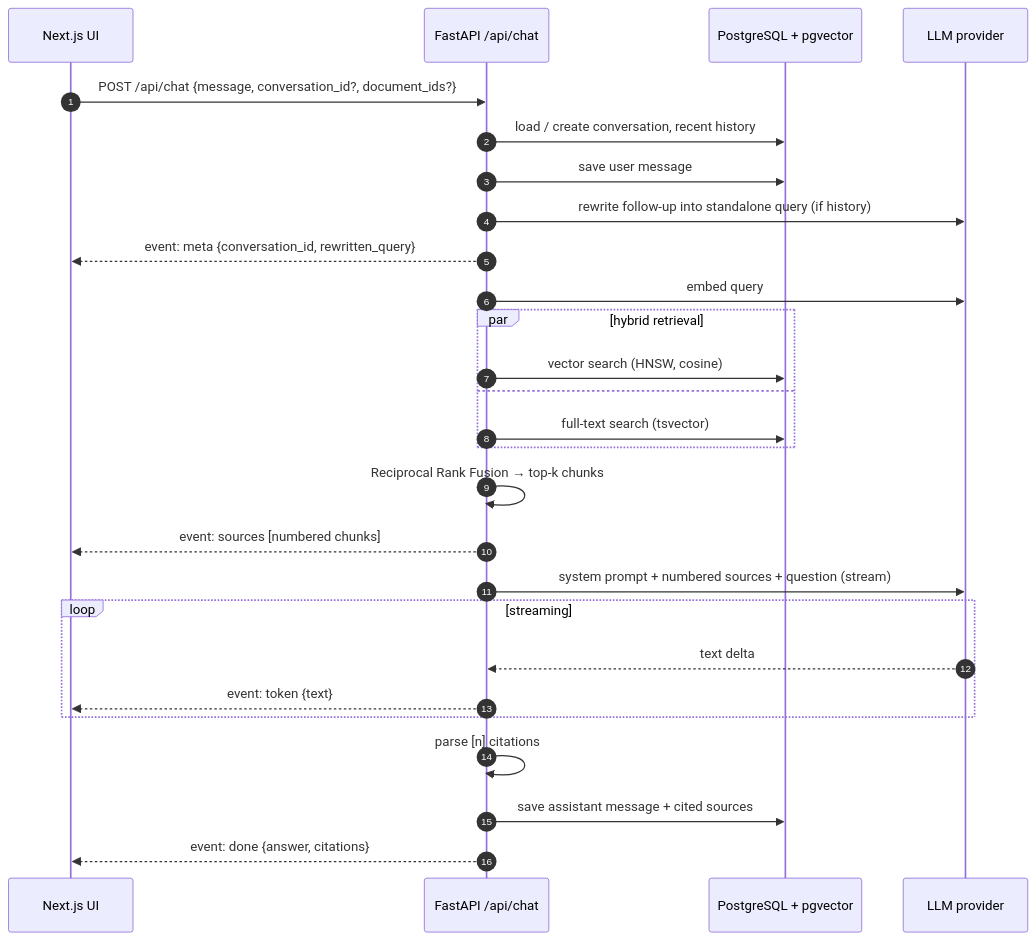
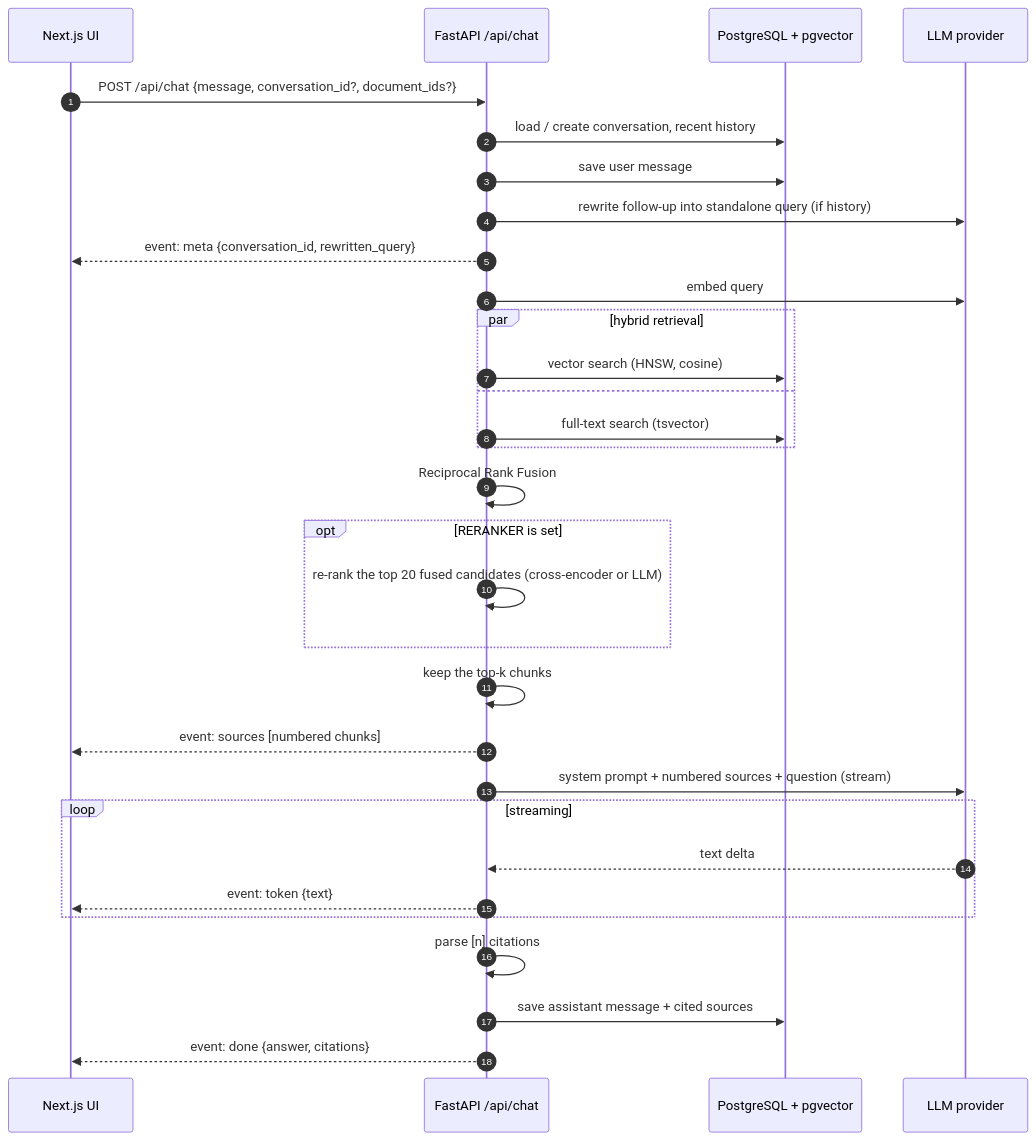
Before and after one commit to gelevanog/docuchat-rag: the second of 2 diagrams in README.md, drawn with Mermaid. The commit also changed other lines of this file, not shown here.

````diff
--- a/README.md
+++ b/README.md
@@ -66,30 +69,34 @@
 ```mermaid
 sequenceDiagram
     autonumber
     participant UI as Next.js UI
     participant API as FastAPI /api/chat
     participant DB as PostgreSQL + pgvector
     participant LLM as LLM provider
 
     UI->>API: POST /api/chat {message, conversation_id?, document_ids?}
     API->>DB: load / create conversation, recent history
     API->>DB: save user message
     API->>LLM: rewrite follow-up into standalone query (if history)
     API-->>UI: event: meta {conversation_id, rewritten_query}
     API->>LLM: embed query
     par hybrid retrieval
         API->>DB: vector search (HNSW, cosine)
     and
         API->>DB: full-text search (tsvector)
     end
-    API->>API: Reciprocal Rank Fusion → top-k chunks
+    API->>API: Reciprocal Rank Fusion
+    opt RERANKER is set
+        API->>API: re-rank the top 20 fused candidates (cross-encoder or LLM)
+    end
+    API->>API: keep the top-k chunks
     API-->>UI: event: sources [numbered chunks]
     API->>LLM: system prompt + numbered sources + question (stream)
     loop streaming
         LLM-->>API: text delta
         API-->>UI: event: token {text}
     end
     API->>API: parse [n] citations
     API->>DB: save assistant message + cited sources
     API-->>UI: event: done {answer, citations}
 ```
````
